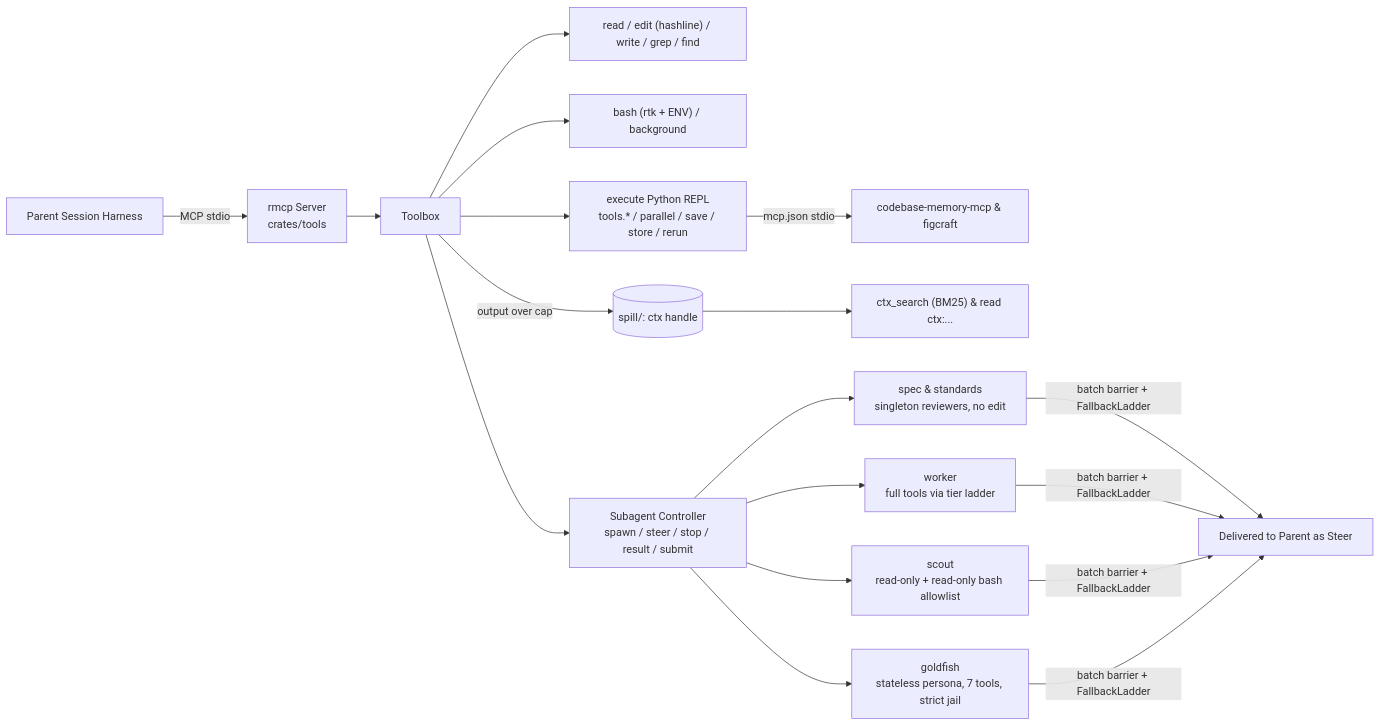
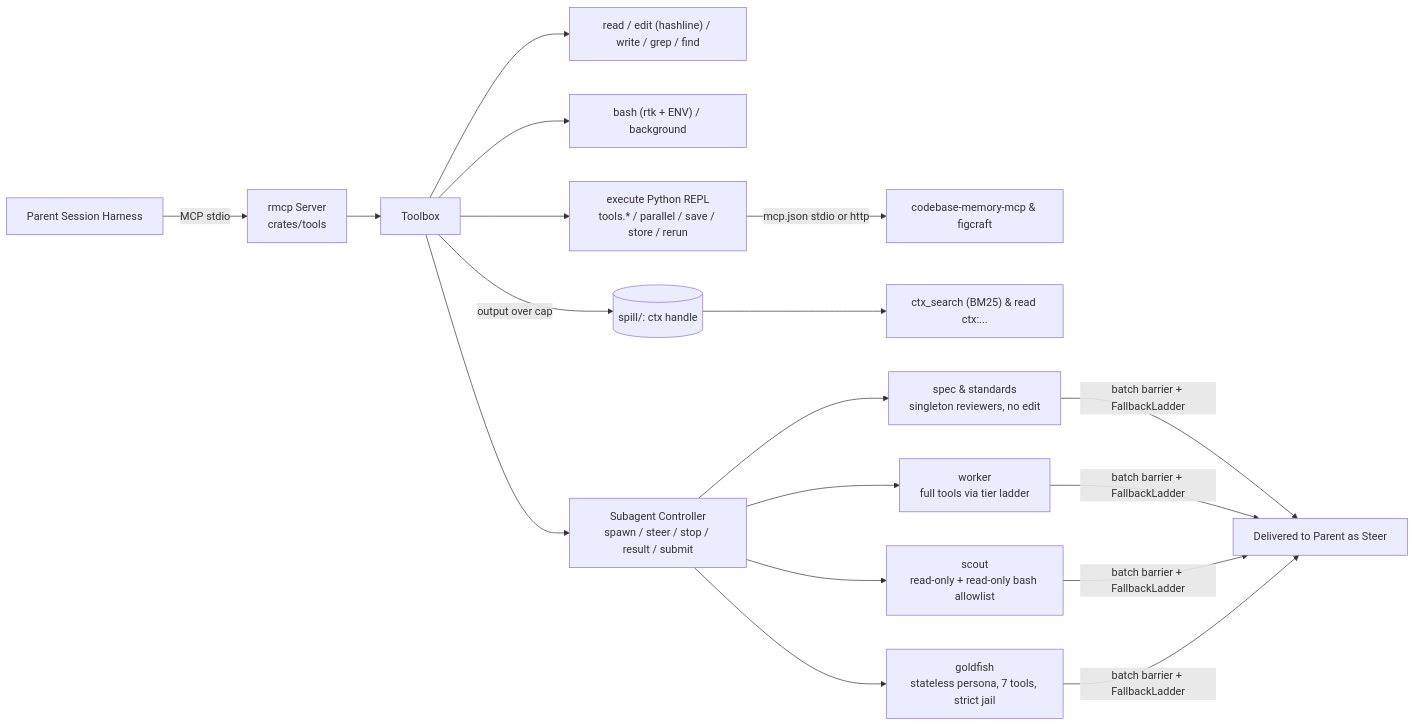
The fourth of 5 diagrams in README.md (ciokyyy/emberloop-rs), drawn with Mermaid before and after one commit. The commit also changed other lines of this file and 6 other files, not shown here.

First line of the commit message:
feat(tools): reach MCP servers over Streamable HTTP

````diff
--- a/README.md
+++ b/README.md
@@ -207,18 +207,18 @@
 ```mermaid
 flowchart LR
   H["Parent Session Harness"] -->|MCP stdio| M["rmcp Server<br/>crates/tools"]
   M --> TB["Toolbox"]
   TB --> FS["read / edit (hashline) / write / grep / find"]
   TB --> SH["bash (rtk + ENV) / background"]
   TB --> PY["execute Python REPL<br/>tools.* / parallel / save / store / rerun"]
-  PY -->|mcp.json stdio| EX["codebase-memory-mcp & figcraft"]
+  PY -->|mcp.json stdio or http| EX["codebase-memory-mcp & figcraft"]
   TB -->|output over cap| SP[("spill/: ctx handle")]
   SP --> CX["ctx_search (BM25) & read ctx:..."]
 
   TB --> SUB["Subagent Controller<br/>spawn / steer / stop / result / submit"]
   SUB --> R1["spec & standards<br/>singleton reviewers, no edit"]
   SUB --> R2["worker<br/>full tools via tier ladder"]
   SUB --> R3["scout<br/>read-only + read-only bash allowlist"]
   SUB --> R4["goldfish<br/>stateless persona, 7 tools, strict jail"]
   R1 & R2 & R3 & R4 -->|batch barrier + FallbackLadder| ST["Delivered to Parent as Steer"]
 ```
````
